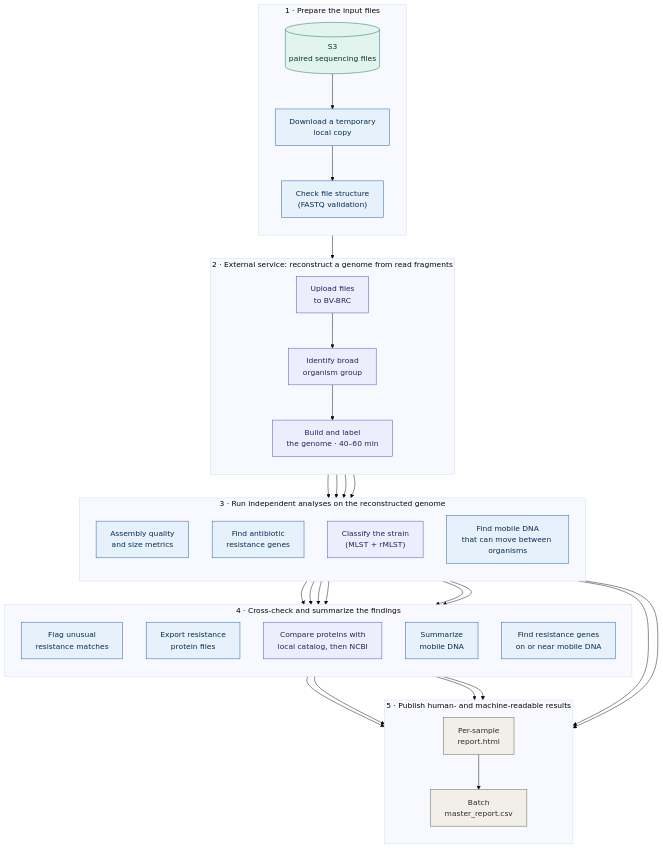
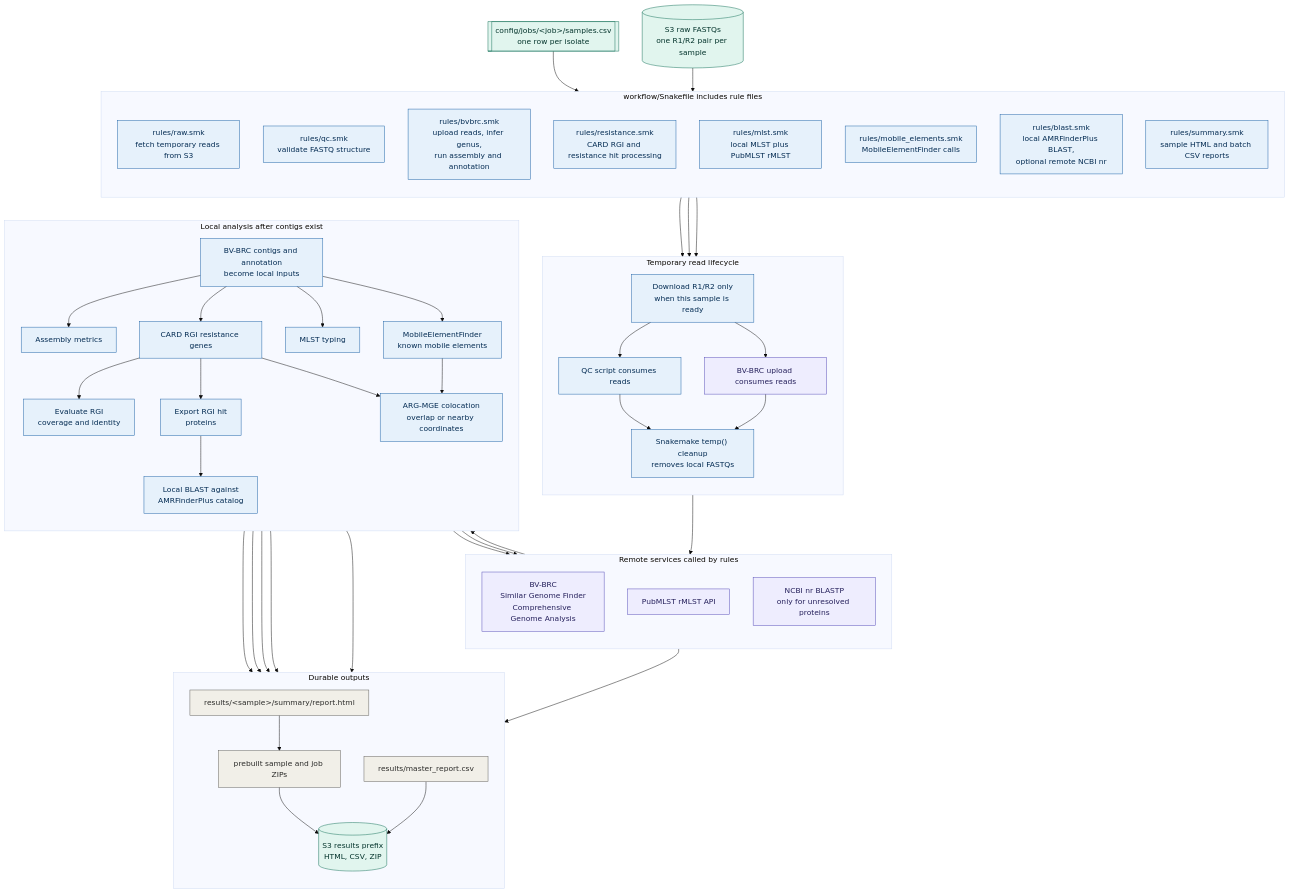
Before and after one commit to kennethtrancoding/bioinformatics: the third of 5 diagrams in docs/architecture.md, drawn with Mermaid (base theme). The commit also changed other lines of this file and 43 other files, not shown here.

````diff
--- a/docs/architecture.md
+++ b/docs/architecture.md
@@ -106,52 +159,91 @@
 ```mermaid
 flowchart TB
-    subgraph INPUT["1 · Prepare the input files"]
+    MANIFEST[["config/jobs/&lt;job&gt;/samples.csv<br/>one row per isolate"]]
+    RAW[("S3 raw FASTQs<br/>one R1/R2 pair per sample")]
+
+    subgraph SNAKE["workflow/Snakefile includes rule files"]
         direction TB
-        RAW[("S3<br/>paired sequencing files")] --> FETCH["Download a temporary<br/>local copy"]
-        FETCH --> VALIDATE["Check file structure<br/>(FASTQ validation)"]
+        RAWRULES["rules/raw.smk<br/>fetch temporary reads from S3"]
+        QCRULES["rules/qc.smk<br/>validate FASTQ structure"]
+        BVRULES["rules/bvbrc.smk<br/>upload reads, infer genus,<br/>run assembly and annotation"]
+        RESRULES["rules/resistance.smk<br/>CARD RGI and resistance hit processing"]
+        MLSTRULES["rules/mlst.smk<br/>local MLST plus PubMLST rMLST"]
+        MGERULES["rules/mobile_elements.smk<br/>MobileElementFinder calls"]
+        BLASTRULES["rules/blast.smk<br/>local AMRFinderPlus BLAST,<br/>optional remote NCBI nr"]
+        SUMMARYRULES["rules/summary.smk<br/>sample HTML and batch CSV reports"]
     end
 
-    subgraph ASSEMBLY["2 · External service: reconstruct a genome from read fragments"]
+    subgraph TEMPREADS["Temporary read lifecycle"]
         direction TB
-        UPLOAD["Upload files<br/>to BV-BRC"] --> GENUS["Identify broad<br/>organism group"] --> CGA["Build and label<br/>the genome · 40–60 min"]
+        FETCH["Download R1/R2 only<br/>when this sample is ready"]
+        VALIDATE["QC script consumes reads"]
+        UPLOAD["BV-BRC upload consumes reads"]
+        DROP["Snakemake temp() cleanup<br/>removes local FASTQs"]
+        FETCH --> VALIDATE
+        FETCH --> UPLOAD
+        VALIDATE --> DROP
+        UPLOAD --> DROP
     end
 
-    subgraph ANALYSIS["3 · Run independent analyses on the reconstructed genome"]
+    subgraph REMOTE["Remote services called by rules"]
         direction TB
-        METRICS["Assembly quality<br/>and size metrics"]
-        RGI["Find antibiotic<br/>resistance genes"]
-        MLST["Classify the strain<br/>(MLST + rMLST)"]
-        MEF["Find mobile DNA<br/>that can move between organisms"]
+        BVBRC["BV-BRC<br/>Similar Genome Finder<br/>Comprehensive Genome Analysis"]
+        PUBMLST["PubMLST rMLST API"]
+        NCBI["NCBI nr BLASTP<br/>only for unresolved proteins"]
     end
 
-    subgraph DERIVED["4 · Cross-check and summarize the findings"]
+    subgraph LOCAL["Local analysis after contigs exist"]
         direction TB
-        NOVELTY["Flag unusual<br/>resistance matches"]
-        PROTEINS["Export resistance<br/>protein files"]
-        BLAST["Compare proteins with<br/>local catalog, then NCBI"]
-        MESUM["Summarize<br/>mobile DNA"]
-        COLOC["Find resistance genes<br/>on or near mobile DNA"]
+        CONTIGS["BV-BRC contigs and annotation<br/>become local inputs"]
+        METRICS["Assembly metrics"]
+        RGI["CARD RGI resistance genes"]
+        MLST["MLST typing"]
+        MEF["MobileElementFinder<br/>known mobile elements"]
+        NOVELTY["Evaluate RGI<br/>coverage and identity"]
+        PROTEINS["Export RGI hit<br/>proteins"]
+        LOCALBLAST["Local BLAST against<br/>AMRFinderPlus catalog"]
+        COLOC["ARG-MGE colocation<br/>overlap or nearby coordinates"]
+        CONTIGS --> METRICS
+        CONTIGS --> RGI
+        CONTIGS --> MLST
+        CONTIGS --> MEF
+        RGI --> NOVELTY
+        RGI --> PROTEINS --> LOCALBLAST
+        RGI --> COLOC
+        MEF --> COLOC
     end
 
-    subgraph OUTPUT["5 · Publish human- and machine-readable results"]
+    subgraph OUTPUT["Durable outputs"]
         direction TB
-        REPORT["Per-sample<br/>report.html"] --> MASTER["Batch<br/>master_report.csv"]
+        REPORT["results/&lt;sample&gt;/summary/report.html"]
+        MASTER["results/master_report.csv"]
+        ZIP["prebuilt sample and job ZIPs"]
+        S3RESULTS[("S3 results prefix<br/>HTML, CSV, ZIP")]
     end
 
-    FETCH --> UPLOAD
-    CGA --> METRICS & RGI & MLST & MEF
-    RGI --> NOVELTY & PROTEINS & BLAST
-    MEF --> MESUM
-    RGI & MEF --> COLOC
-    METRICS & NOVELTY & BLAST & MLST & MESUM --> REPORT
+    MANIFEST --> RAWRULES
+    RAW --> RAWRULES --> FETCH
+    QCRULES --> VALIDATE
+    BVRULES --> UPLOAD
+    UPLOAD --> BVBRC --> CONTIGS
+    MLST --> PUBMLST
+    LOCALBLAST --> NCBI
+    METRICS --> REPORT
+    NOVELTY --> REPORT
+    MLST --> REPORT
+    PUBMLST --> REPORT
+    MEF --> REPORT
     COLOC --> MASTER
+    REPORT --> ZIP --> S3RESULTS
+    MASTER --> S3RESULTS
+
 
     classDef store fill:#E1F5EE,stroke:#0F6E56,color:#04342C
     classDef local fill:#E6F1FB,stroke:#185FA5,color:#042C53
     classDef remote fill:#EEEDFE,stroke:#534AB7,color:#26215C
     classDef out fill:#F1EFE8,stroke:#5F5E5A,color:#2C2C2A
-    class RAW store
-    class FETCH,VALIDATE,METRICS,RGI,MEF,NOVELTY,PROTEINS,MESUM,COLOC local
-    class UPLOAD,GENUS,CGA,MLST,BLAST remote
-    class REPORT,MASTER out
+    class MANIFEST,RAW,S3RESULTS store
+    class RAWRULES,QCRULES,BVRULES,RESRULES,MLSTRULES,MGERULES,BLASTRULES,SUMMARYRULES,FETCH,VALIDATE,DROP,CONTIGS,METRICS,RGI,MLST,MEF,NOVELTY,PROTEINS,LOCALBLAST,COLOC local
+    class UPLOAD,BVBRC,PUBMLST,NCBI remote
+    class REPORT,MASTER,ZIP out
 ```
````
